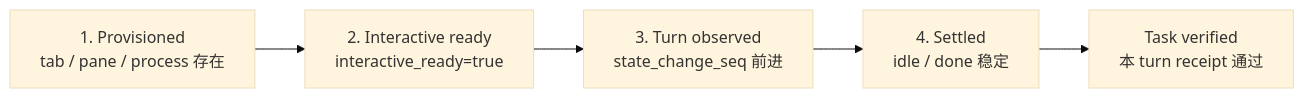
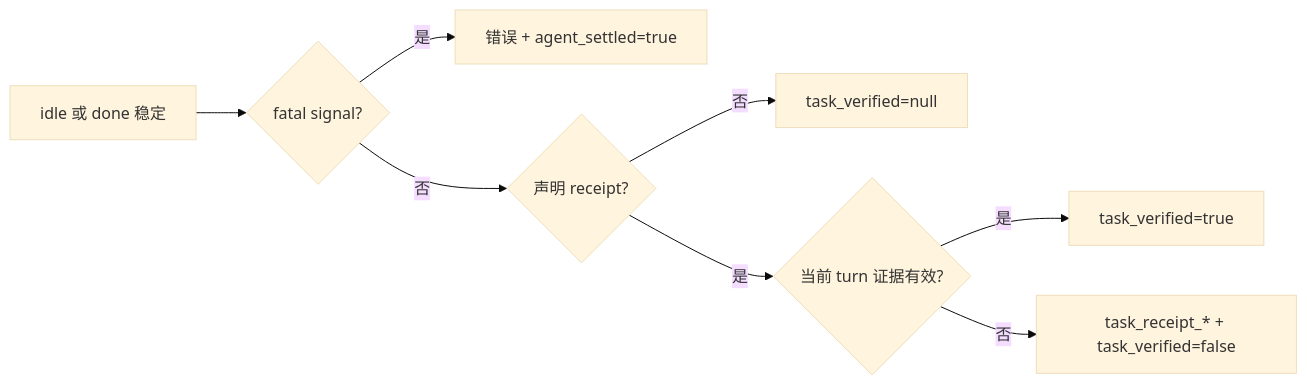
Before and after one commit to oldwinter/herdr-orchestrator: the fourth of 4 diagrams in droid-wiki/features/harness-readiness-and-automation.md, drawn with Mermaid (base theme). The commit also changed other lines of this file and 62 other files, not shown here.

````diff
--- a/droid-wiki/features/harness-readiness-and-automation.md
+++ b/droid-wiki/features/harness-readiness-and-automation.md
@@ -8,9 +315,10 @@
 ```mermaid
 flowchart LR
-    P[1. Provisioned<br/>tab / pane / process 存在]
-    R[2. Interactive ready<br/>interactive_ready=true]
-    T[3. Turn observed<br/>state_change_seq 前进]
-    S[4. Settled<br/>idle / done 稳定]
-    V[Task verified<br/>本 turn receipt 通过]
-    P --> R --> T --> S --> V
+    S[idle 或 done 稳定] --> F{fatal signal?}
+    F -- 是 --> X[错误 + agent_settled=true]
+    F -- 否 --> R{声明 receipt?}
+    R -- 否 --> N[task_verified=null]
+    R -- 是 --> V{当前 turn 证据有效?}
+    V -- 是 --> O[task_verified=true]
+    V -- 否 --> Y[task_receipt_* + task_verified=false]
 ```
````
